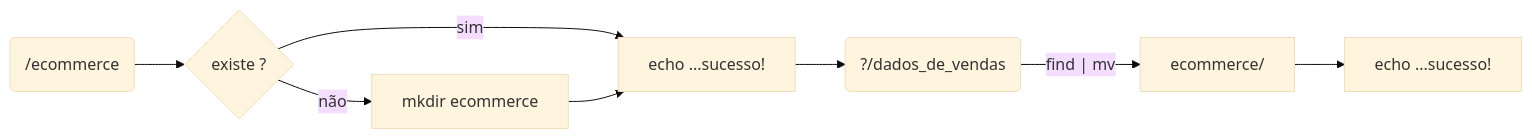
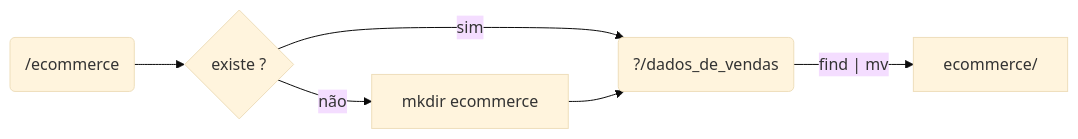
Before and after one commit to jqln-vc/compass-academy: the first of 5 diagrams in sprint1/desafio/README.md, drawn with Mermaid (base theme). The commit also changed other lines of this file, not shown here.

````diff
--- a/sprint1/desafio/README.md
+++ b/sprint1/desafio/README.md
@@ -46,10 +46,8 @@
 ```mermaid
 graph LR
     A(/ecommerce) --> B{existe ?}
     B -- não --> C[mkdir ecommerce]
-    B -- sim --> D[echo ...sucesso!]
+    B -- sim --> D(?/dados_de_vendas)
     C --> D
-    E(?/dados_de_vendas) -- find | mv --> F[ecommerce/]
-    D --> E
-    F --> G[echo ...sucesso!]
+    D -- find | mv --> E[ecommerce/]
 ```
````
